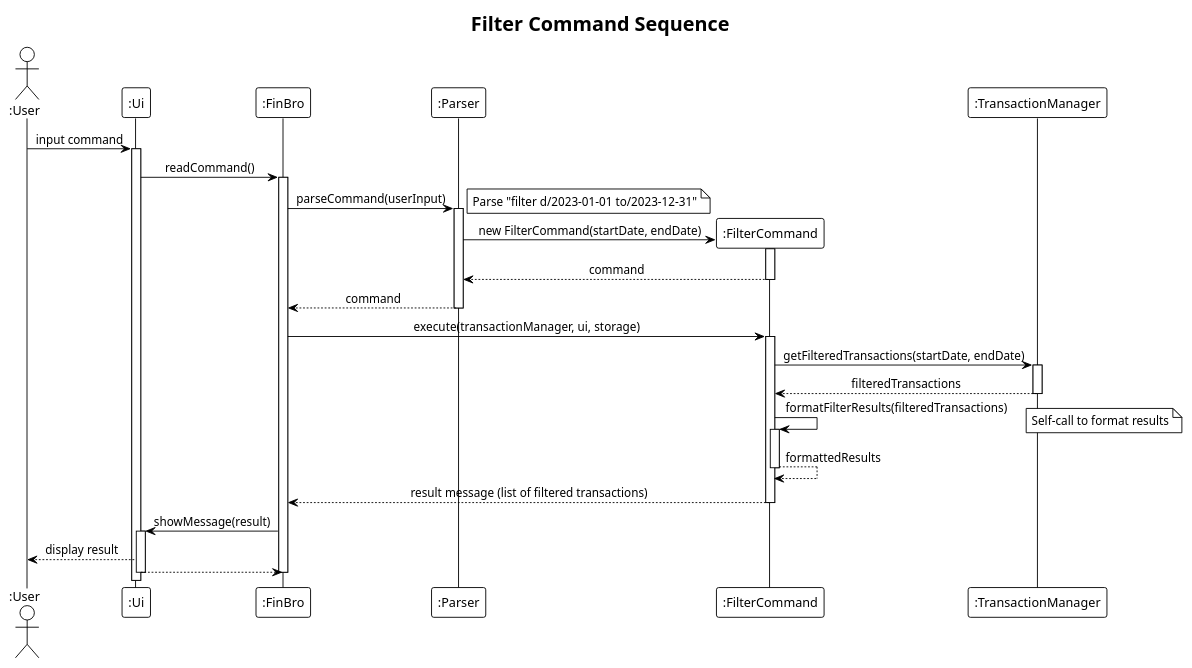
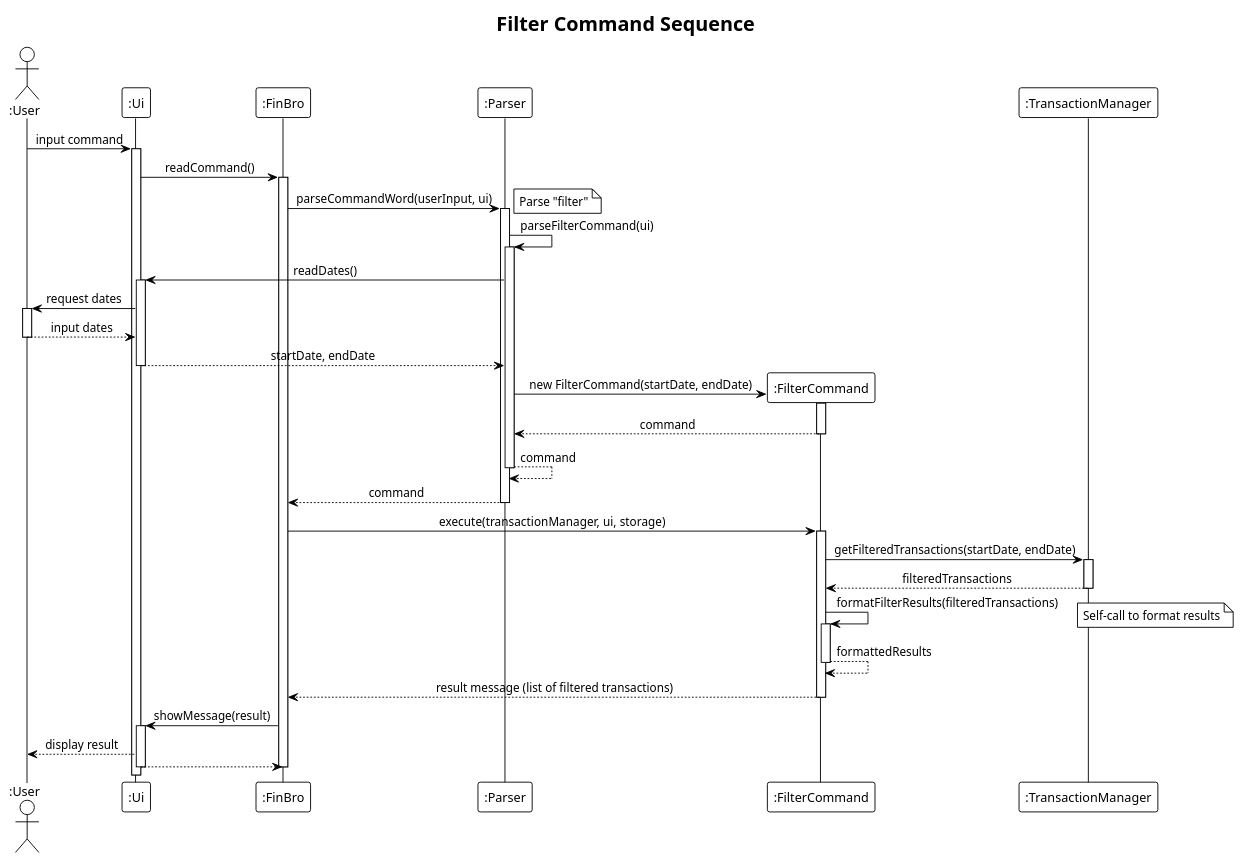
The diagram in docs/diagrams/puml/sequence/sequence-filter.puml (laitcanard05/tp), drawn with PlantUML before and after one commit. The commit also changed 13 other files, not shown here.

Commit message:
Update sequence diagrams to reflect friendly CLI

```diff
--- a/docs/diagrams/puml/sequence/sequence-filter.puml
+++ b/docs/diagrams/puml/sequence/sequence-filter.puml
@@ -1,57 +1,70 @@
 @startuml
 !theme plain
 title Filter Command Sequence
 skinparam sequenceMessageAlign center
 skinparam responseMessageBelowArrow true
 skinparam lifelineStrategy nosolid
 
 actor ":User" as User
 participant ":Ui" as UI
 participant ":FinBro" as FinBro
 participant ":Parser" as Parser
 participant ":FilterCommand" as FilterCommand
 participant ":TransactionManager" as TransactionMgr
 
 User -> UI : input command
 activate UI
 
 UI -> FinBro : readCommand()
 activate FinBro
 
-FinBro -> Parser : parseCommand(userInput)
+FinBro -> Parser : parseCommandWord(userInput, ui)
 activate Parser
-note right: Parse "filter d/2023-01-01 to/2023-12-31"
+note right: Parse "filter"
+
+Parser -> Parser : parseFilterCommand(ui)
+activate Parser
+Parser -> UI : readDates()
+activate UI
+UI -> User : request dates
+activate User
+User --> UI : input dates
+deactivate User
+UI --> Parser : startDate, endDate
+deactivate UI
 
 create FilterCommand
 Parser -> FilterCommand : new FilterCommand(startDate, endDate)
 activate FilterCommand
 FilterCommand --> Parser : command
 deactivate FilterCommand
+Parser --> Parser : command
+deactivate Parser
 Parser --> FinBro : command
 deactivate Parser
 
 FinBro -> FilterCommand : execute(transactionManager, ui, storage)
 activate FilterCommand
 
 FilterCommand -> TransactionMgr : getFilteredTransactions(startDate, endDate)
 activate TransactionMgr
 TransactionMgr --> FilterCommand : filteredTransactions
 deactivate TransactionMgr
 
 FilterCommand -> FilterCommand : formatFilterResults(filteredTransactions)
 activate FilterCommand
 note right: Self-call to format results
 FilterCommand --> FilterCommand : formattedResults
 deactivate FilterCommand
 
 FilterCommand --> FinBro : result message (list of filtered transactions)
 deactivate FilterCommand
 
 FinBro -> UI : showMessage(result)
 activate UI
 UI --> User : display result
 UI --> FinBro
 deactivate UI
 deactivate FinBro
 
 @enduml
```
